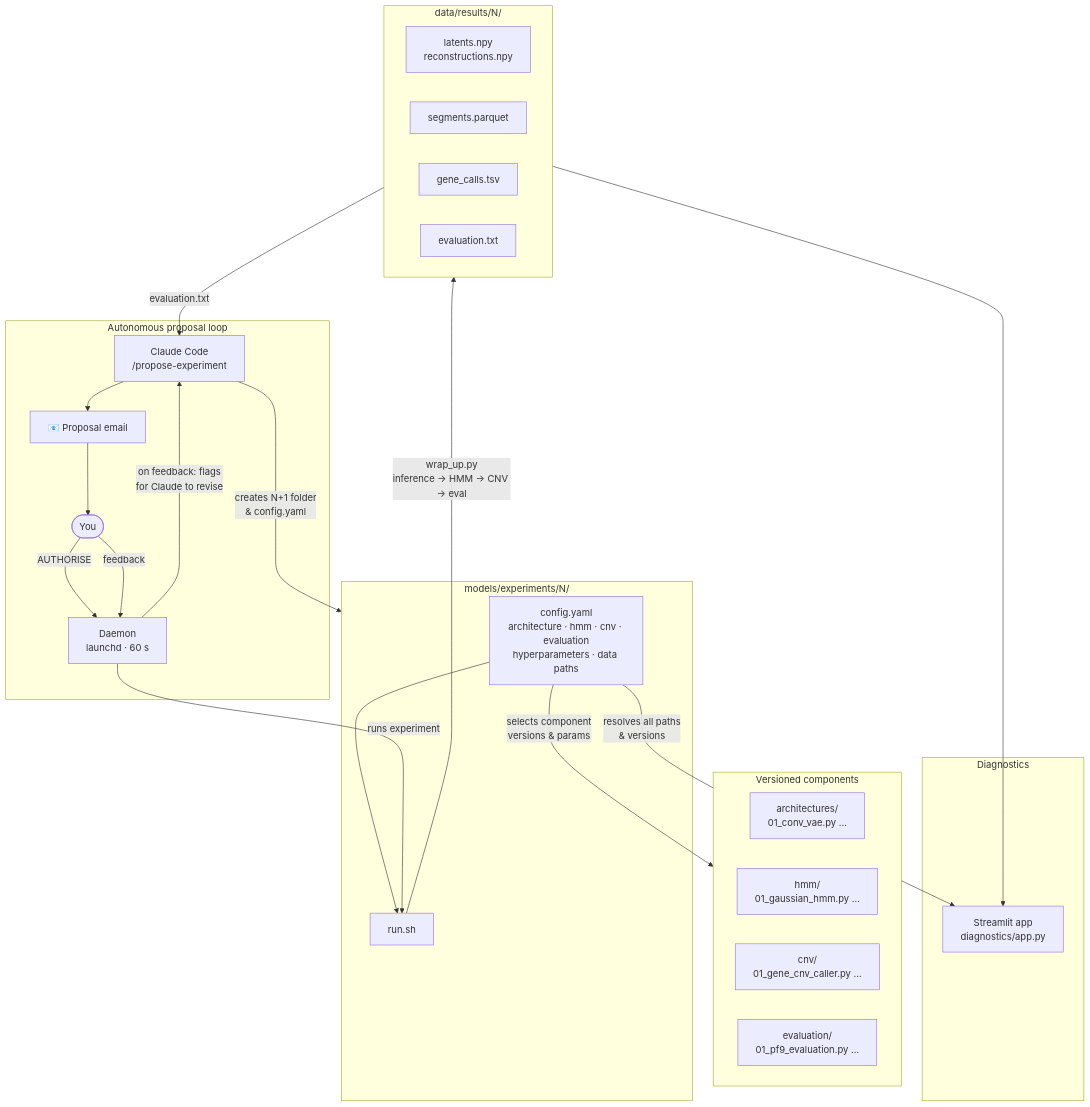
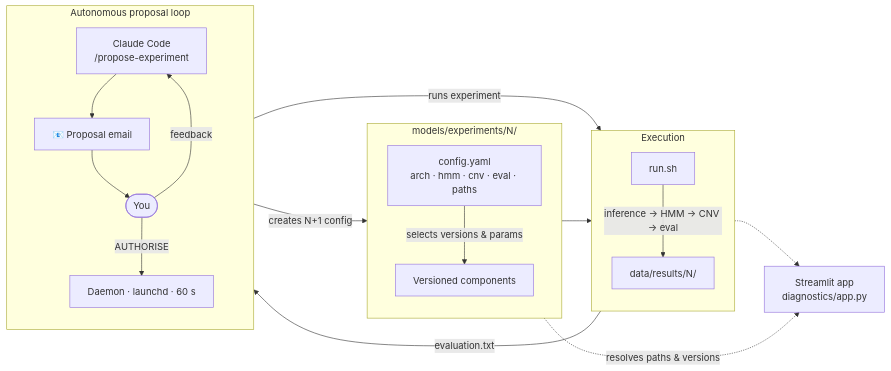
The diagram in README.md (malariagen/deep-gw-cnv), drawn with Mermaid before and after one commit. The commit also changed 1 other file, not shown here.

Commit message:
updated mermaid plot

````diff
--- a/README.md
+++ b/README.md
@@ -34,48 +34,36 @@
 ```mermaid
-flowchart TD
-    subgraph exp["models/experiments/N/"]
-        cfg["config.yaml\narchitecture · hmm · cnv · evaluation\nhyperparameters · data paths"]
-        runsh["run.sh"]
+flowchart LR
+    subgraph Experiment["models/experiments/N/"]
+        direction TB
+        cfg["config.yaml<br/>arch · hmm · cnv · eval · paths"]
+        vc["Versioned components"]
+        cfg -->|"selects versions & params"| vc
     end
 
-    subgraph vc["Versioned components"]
-        arch["architectures/\n01_conv_vae.py …"]
-        hmm["hmm/\n01_gaussian_hmm.py …"]
-        cnv["cnv/\n01_gene_cnv_caller.py …"]
-        ev["evaluation/\n01_pf9_evaluation.py …"]
+    subgraph Pipeline["Execution"]
+        direction TB
+        runsh["run.sh"]
+        out["data/results/N/"]
+        runsh -->|"inference → HMM → CNV → eval"| out
     end
 
-    subgraph out["data/results/N/"]
-        o1["latents.npy\nreconstructions.npy"]
-        o2["segments.parquet"]
-        o3["gene_calls.tsv"]
-        o4["evaluation.txt"]
+    subgraph Loop["Autonomous proposal loop"]
+        direction TB
+        claude["Claude Code<br/>/propose-experiment"]
+        mail["📧 Proposal email"]
+        you(["You"])
+        daemon["Daemon · launchd · 60 s"]
+        claude --> mail --> you
+        you -->|"AUTHORISE"| daemon
+        you -->|"feedback"| claude
     end
 
-    subgraph loop["Autonomous proposal loop"]
-        claude["Claude Code\n/propose-experiment"]
-        mail["📧 Proposal email"]
-        you(["You"])
-        daemon["Daemon\nlaunchd · 60 s"]
-    end
+    diag["Streamlit app<br/>diagnostics/app.py"]
 
-    subgraph diag["Diagnostics"]
-        app["Streamlit app\ndiagnostics/app.py"]
-    end
-
-    cfg -->|"selects component\nversions & params"| vc
-    cfg --> runsh
-    runsh -->|"wrap_up.py\ninference → HMM → CNV → eval"| out
-
+    vc --> runsh
     out -->|"evaluation.txt"| claude
-    claude -->|"creates N+1 folder\n& config.yaml"| exp
-    claude --> mail
-    mail --> you
-    you -->|"AUTHORISE"| daemon
-    you -->|"feedback"| daemon
+    claude -->|"creates N+1 config"| cfg
     daemon -->|"runs experiment"| runsh
-    daemon -->|"on feedback: flags\nfor Claude to revise"| claude
-
-    cfg -->|"resolves all paths\n& versions"| app
-    out --> app
+    cfg -. "resolves paths & versions" .-> diag
+    out -.-> diag
 ```
````
